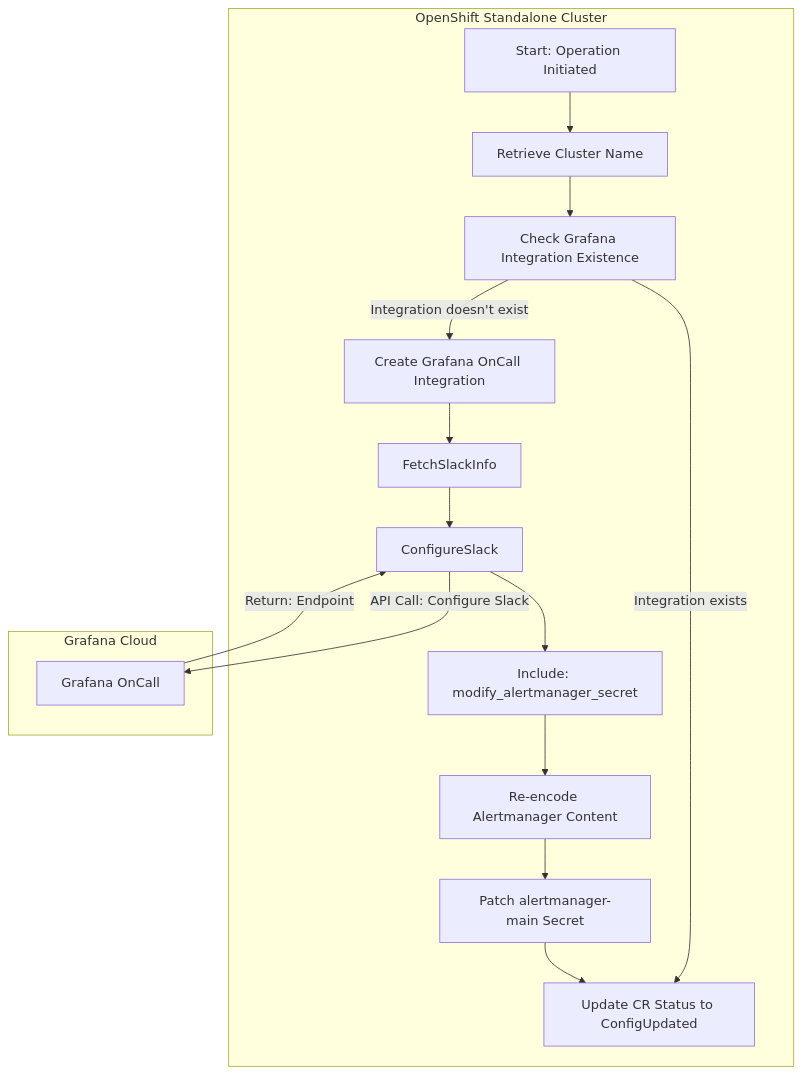
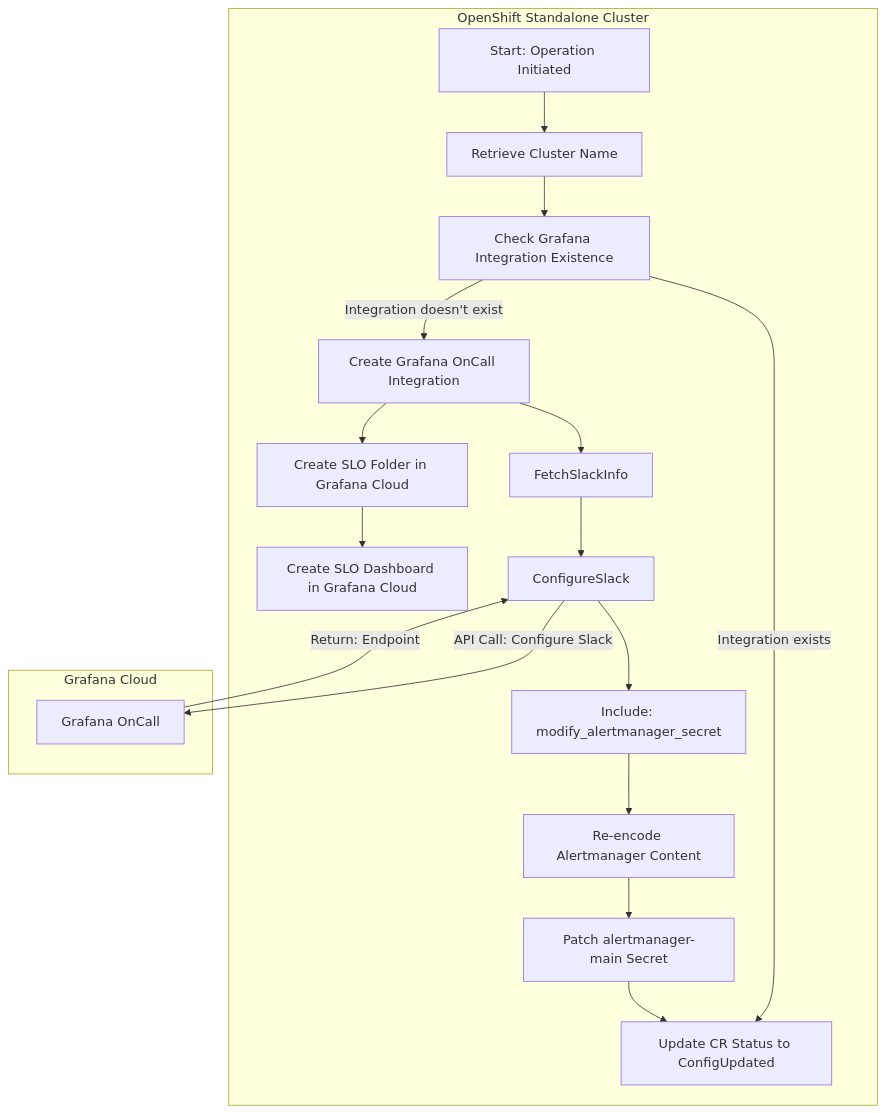
The second of 2 diagrams in README.md (stakater/grafana-cloud-ansible-operator), drawn with Mermaid before and after one commit. The commit also changed other lines of this file, not shown here.

````diff
--- a/README.md
+++ b/README.md
@@ -106,32 +142,36 @@
     ```mermaid
     graph TD
 
     subgraph "OpenShift Standalone Cluster"
         Init[Start: Operation Initiated]
         GetClusterName[Retrieve Cluster Name]
         CheckIntegration[Check Grafana Integration Existence]
         CreateIntegration[Create Grafana OnCall Integration]
         ModSecret[Include: modify_alertmanager_secret]
         Reencode[Re-encode Alertmanager Content]
         PatchSecret[Patch alertmanager-main Secret]
         UpdateCR[Update CR Status to ConfigUpdated]
+        CreateSLOFolder[Create SLO Folder in Grafana Cloud]
+        CreateSLODashboard[Create SLO Dashboard in Grafana Cloud]
 
         Init --> GetClusterName
         GetClusterName --> CheckIntegration
         CheckIntegration -->|Integration doesn't exist| CreateIntegration
         CheckIntegration -->|Integration exists| UpdateCR
         CreateIntegration --> FetchSlackInfo
         FetchSlackInfo --> ConfigureSlack
         ConfigureSlack --> ModSecret
         ModSecret --> Reencode
         Reencode --> PatchSecret
         PatchSecret --> UpdateCR
+        CreateIntegration --> CreateSLOFolder
+        CreateSLOFolder --> CreateSLODashboard
     end
 
     subgraph "Grafana Cloud"
         GO[Grafana OnCall]
     end
 
     ConfigureSlack -->|API Call: Configure Slack| GO
     GO -->|Return: Endpoint| ConfigureSlack
     ```
````
